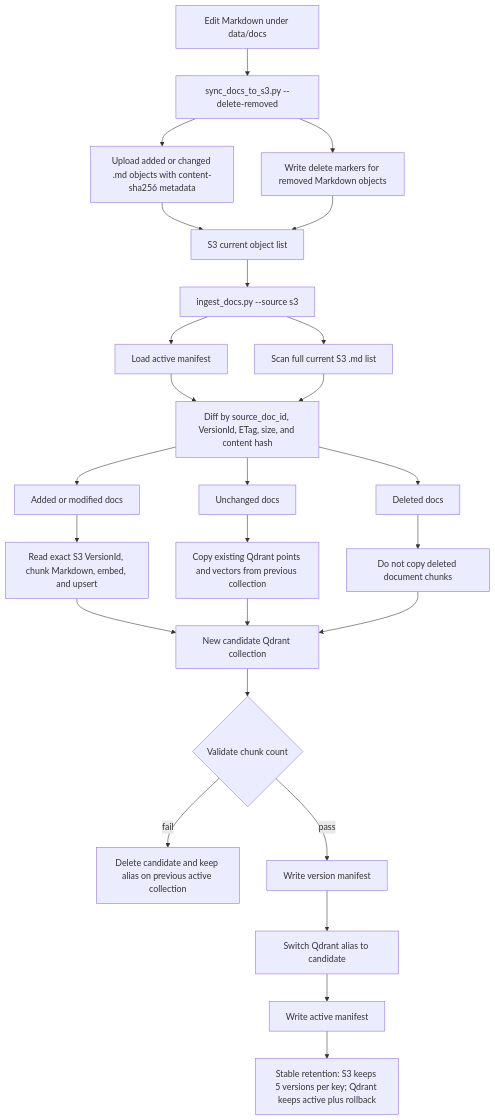
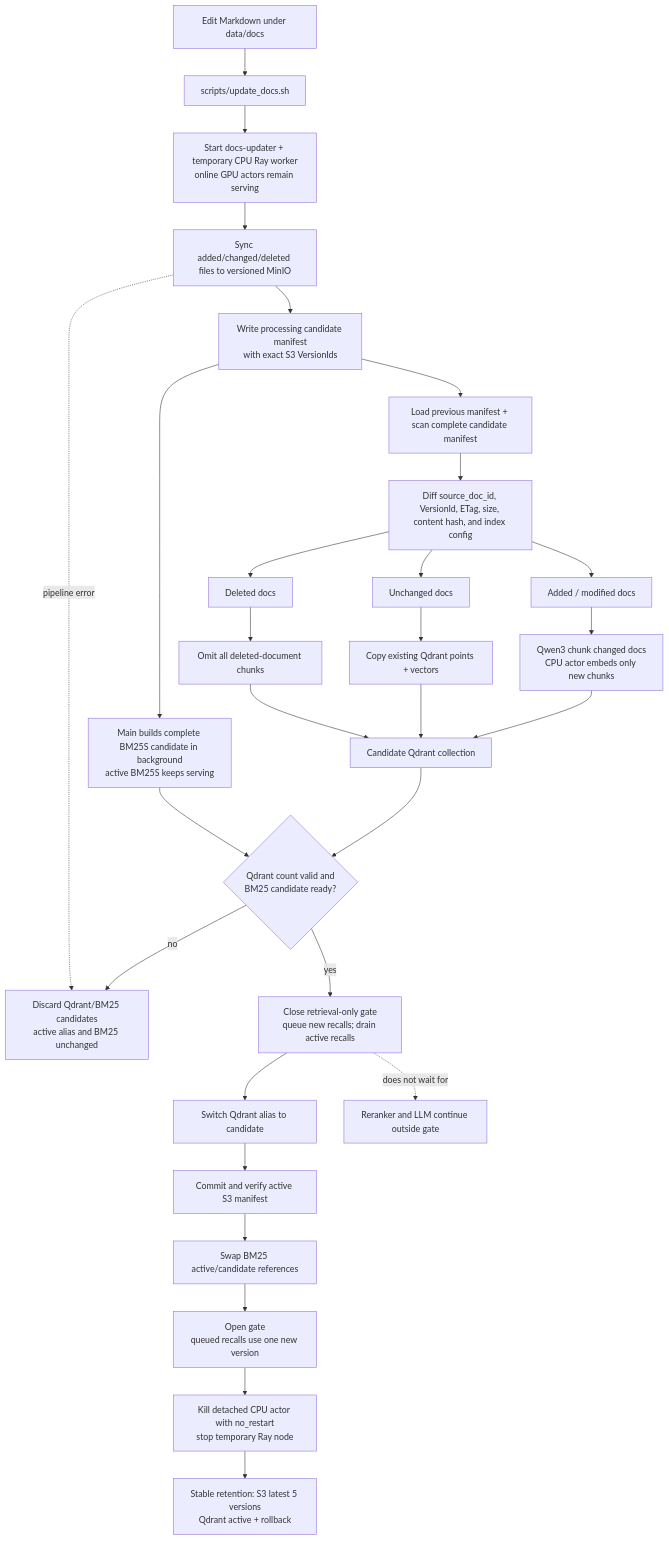
The fourth of 4 diagrams in readme.md (XingjiaYang/Knowledge-Base-Assistant), drawn with Mermaid before and after one commit. The commit also changed other lines of this file and 151 other files, not shown here.

````diff
--- a/readme.md
+++ b/readme.md
@@ -1114,28 +1478,31 @@
 ```mermaid
 flowchart TD
-    A["Edit Markdown under data/docs"] --> B["sync_docs_to_s3.py --delete-removed"]
-    B --> C["Upload added or changed .md objects with content-sha256 metadata"]
-    B --> D["Write delete markers for removed Markdown objects"]
-    C --> E["S3 current object list"]
-    D --> E
-    E --> F["ingest_docs.py --source s3"]
-    F --> G["Load active manifest"]
-    F --> H["Scan full current S3 .md list"]
-    G --> I["Diff by source_doc_id, VersionId, ETag, size, and content hash"]
-    H --> I
-    I --> J["Added or modified docs"]
-    I --> K["Unchanged docs"]
-    I --> L["Deleted docs"]
-    J --> M["Read exact S3 VersionId, chunk Markdown, embed, and upsert"]
-    K --> N["Copy existing Qdrant points and vectors from previous collection"]
-    L --> O["Do not copy deleted document chunks"]
-    M --> P["New candidate Qdrant collection"]
-    N --> P
-    O --> P
-    P --> Q{"Validate chunk count"}
-    Q -- "fail" --> R["Delete candidate and keep alias on previous active collection"]
-    Q -- "pass" --> S["Write version manifest"]
-    S --> T["Switch Qdrant alias to candidate"]
-    T --> U["Write active manifest"]
-    U --> V["Stable retention: S3 keeps 5 versions per key; Qdrant keeps active plus rollback"]
+    A["Edit Markdown under data/docs"] --> B["scripts/update_docs.sh"]
+    B --> C["Start docs-updater + temporary CPU Ray worker<br/>online GPU actors remain serving"]
+    C --> D["Sync added/changed/deleted files to versioned MinIO"]
+    D --> E["Write processing candidate manifest<br/>with exact S3 VersionIds"]
+    E --> F["Load previous manifest + scan complete candidate manifest"]
+    F --> G["Diff source_doc_id, VersionId, ETag, size, content hash, and index config"]
+    G --> H["Added / modified docs"]
+    G --> I["Unchanged docs"]
+    G --> J["Deleted docs"]
+    E --> BM["Main builds complete BM25S candidate in background<br/>active BM25S keeps serving"]
+    H --> K["Qwen3 chunk changed docs<br/>CPU actor embeds only new chunks"]
+    I --> L["Copy existing Qdrant points + vectors"]
+    J --> M["Omit all deleted-document chunks"]
+    K --> N["Candidate Qdrant collection"]
+    L --> N
+    M --> N
+    N --> Q{"Qdrant count valid and<br/>BM25 candidate ready?"}
+    BM --> Q
+    Q -- "no" --> Fail["Discard Qdrant/BM25 candidates<br/>active alias and BM25 unchanged"]
+    Q -- "yes" --> Gate["Close retrieval-only gate<br/>queue new recalls; drain active recalls"]
+    Gate --> Alias["Switch Qdrant alias to candidate"]
+    Alias --> Manifest["Commit and verify active S3 manifest"]
+    Manifest --> Swap["Swap BM25 active/candidate references"]
+    Swap --> Release["Open gate<br/>queued recalls use one new version"]
+    Release --> Cleanup["Kill detached CPU actor with no_restart<br/>stop temporary Ray node"]
+    Cleanup --> Keep["Stable retention: S3 latest 5 versions<br/>Qdrant active + rollback"]
+    Gate -. "does not wait for" .-> Outside["Reranker and LLM continue outside gate"]
+    D -. "pipeline error" .-> Fail
 ```
````
